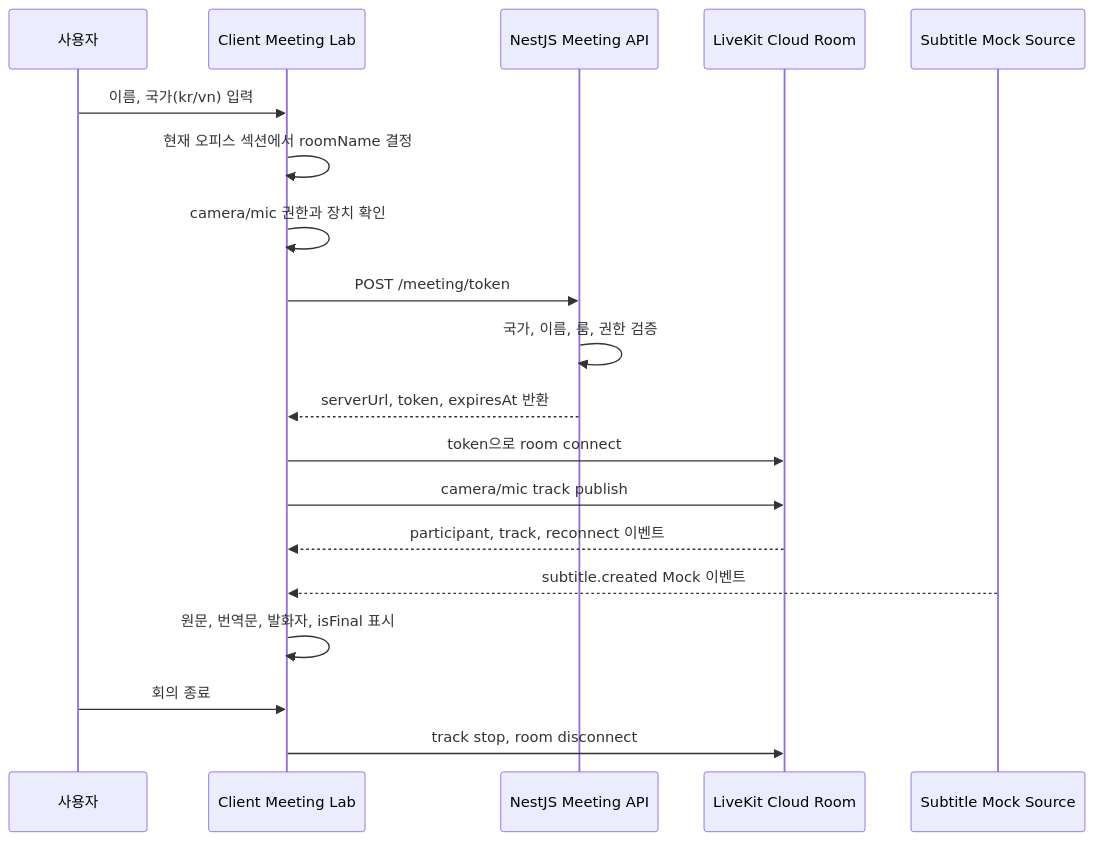
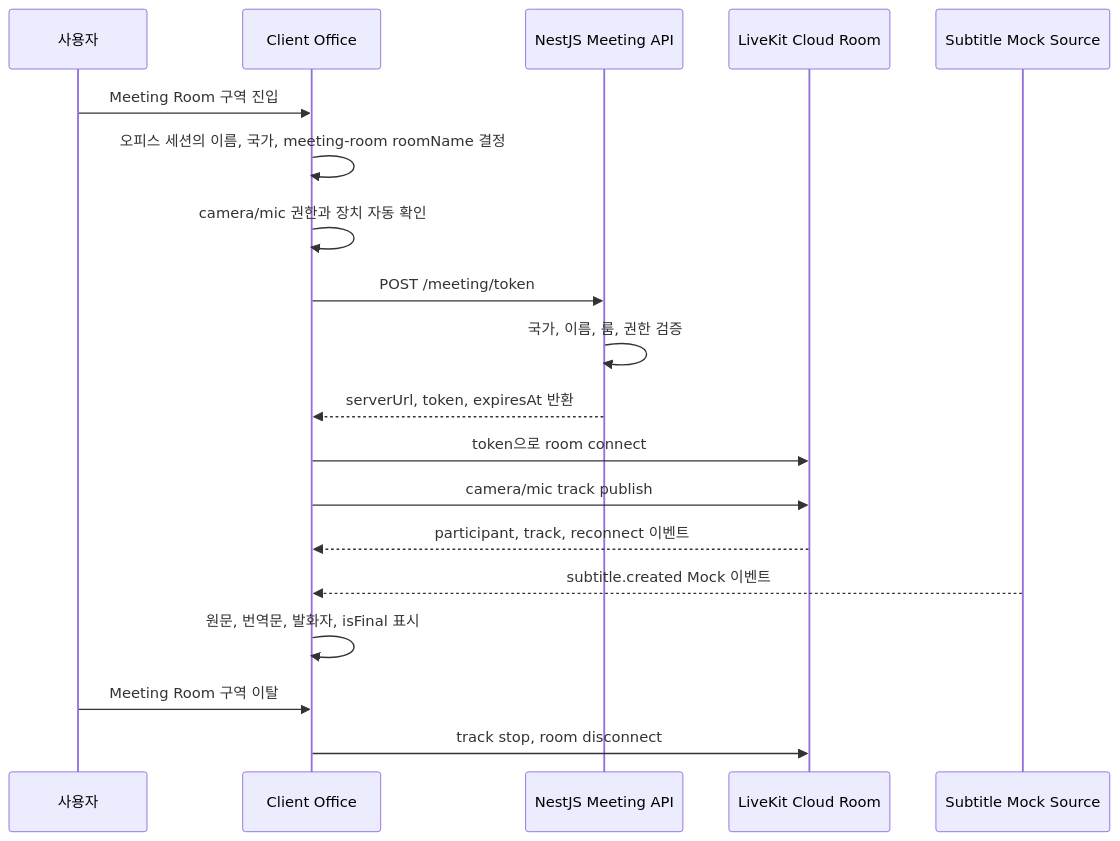
One commit to LIKELION2026/LIKELION2026 changed the diagram in docs/FEATURES/realtime-meeting/PIPELINE.md. Above: the diagram before and after it, drawn with Mermaid. The commit also changed other lines of this file, not shown here.

Commit message:
docs(meeting): 회의실 세션 생명주기 문서화

````diff
--- a/docs/FEATURES/realtime-meeting/PIPELINE.md
+++ b/docs/FEATURES/realtime-meeting/PIPELINE.md
@@ -38,22 +39,22 @@
 ```mermaid
 sequenceDiagram
     participant User as 사용자
-    participant Client as Client Meeting Lab
+    participant Client as Client Office
     participant Server as NestJS Meeting API
     participant LiveKit as LiveKit Cloud Room
     participant SubtitleMock as Subtitle Mock Source
 
-    User->>Client: 이름, 국가(kr/vn) 입력
-    Client->>Client: 현재 오피스 섹션에서 roomName 결정
-    Client->>Client: camera/mic 권한과 장치 확인
+    User->>Client: Meeting Room 구역 진입
+    Client->>Client: 오피스 세션의 이름, 국가, meeting-room roomName 결정
+    Client->>Client: camera/mic 권한과 장치 자동 확인
     Client->>Server: POST /meeting/token
     Server->>Server: 국가, 이름, 룸, 권한 검증
     Server-->>Client: serverUrl, token, expiresAt 반환
     Client->>LiveKit: token으로 room connect
     Client->>LiveKit: camera/mic track publish
     LiveKit-->>Client: participant, track, reconnect 이벤트
     SubtitleMock-->>Client: subtitle.created Mock 이벤트
     Client->>Client: 원문, 번역문, 발화자, isFinal 표시
-    User->>Client: 회의 종료
+    User->>Client: Meeting Room 구역 이탈
     Client->>LiveKit: track stop, room disconnect
 ```
````
